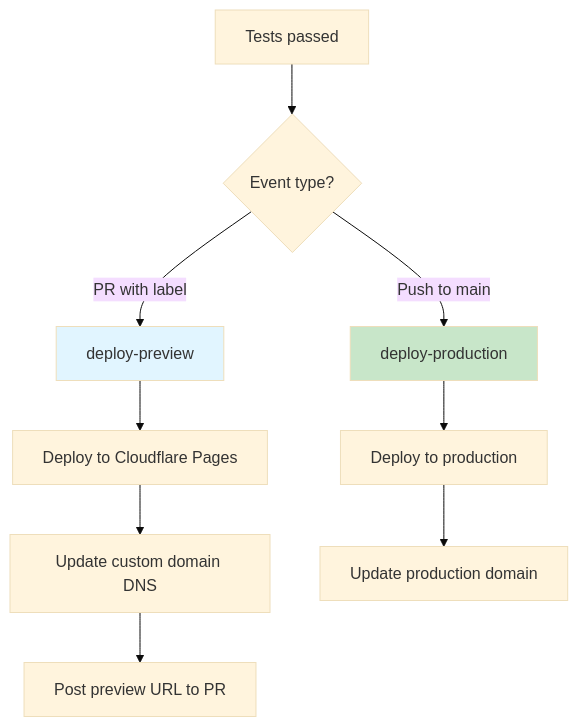
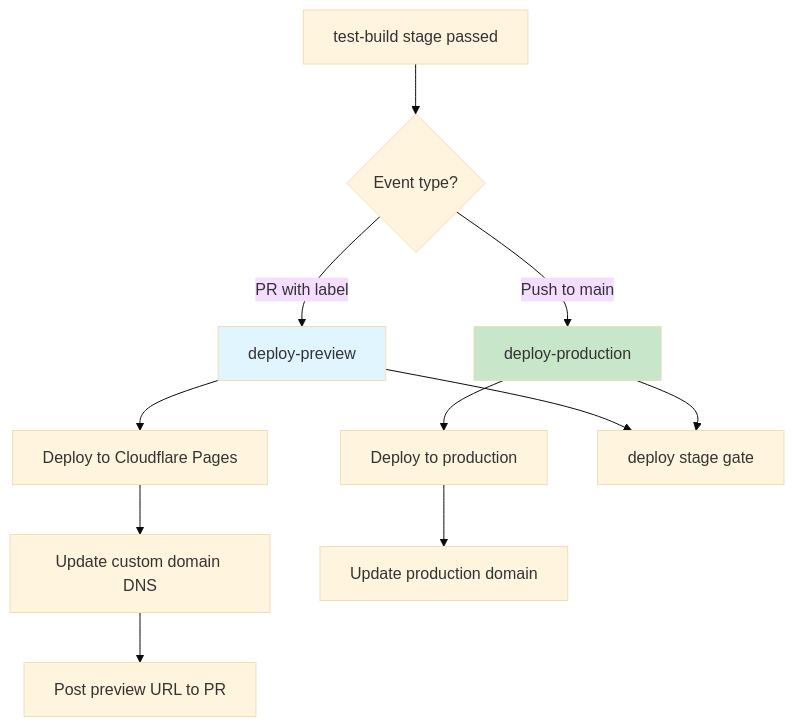
The fourth of 12 diagrams in .github/workflows/README.md (blazintrailssarah/agent-project), drawn with Mermaid (base theme) before and after one commit. The commit also changed other lines of this file and 65 other files, not shown here.

````diff
--- a/.github/workflows/README.md
+++ b/.github/workflows/README.md
@@ -107,17 +125,19 @@
 ```mermaid
 graph TD
-    A[Tests passed] --> B{Event type?}
+    A[test-build stage passed] --> B{Event type?}
 
     B -->|PR with label| C[deploy-preview]
     B -->|Push to main| D[deploy-production]
 
     C --> C1[Deploy to Cloudflare Pages]
     C1 --> C2[Update custom domain DNS]
     C2 --> C3[Post preview URL to PR]
 
     D --> D1[Deploy to production]
     D1 --> D2[Update production domain]
+    C --> E[deploy stage gate]
+    D --> E
 
     style C fill:#e1f5ff
     style D fill:#c8e6c9
 ```
````
